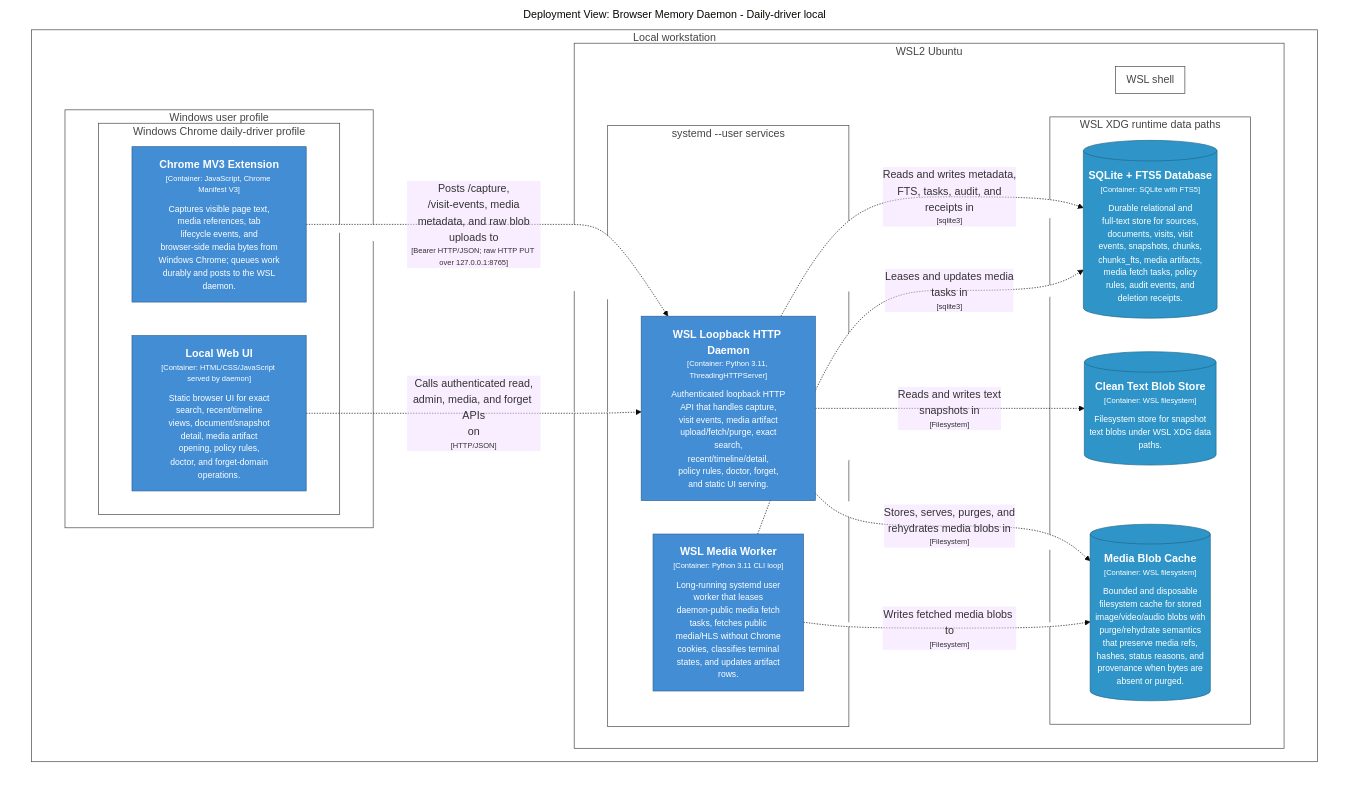
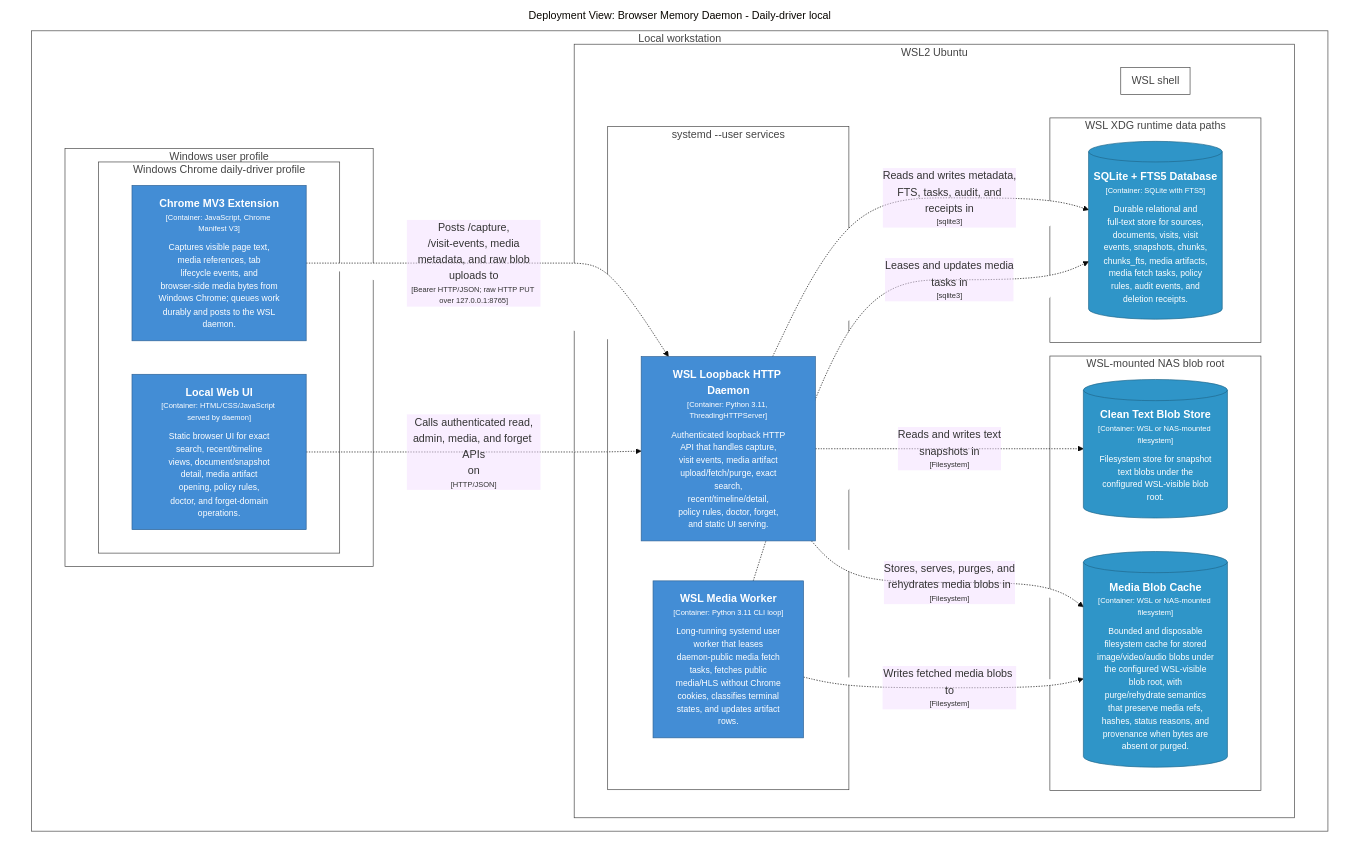
One commit to michaelnicks0/browser-memory-daemon changed the diagram in docs/architecture/diagrams/markdown/DailyDriverDeployment.md. Above: the diagram before and after it, drawn with Mermaid (base theme). The commit also changed 148 other files, not shown here.

Commit message:
feat: support NAS-backed blob root

````diff
--- a/docs/architecture/diagrams/markdown/DailyDriverDeployment.md
+++ b/docs/architecture/diagrams/markdown/DailyDriverDeployment.md
@@ -16,66 +16,71 @@
 ```mermaid
 graph TB
   linkStyle default fill:#ffffff
 
   subgraph diagram ["Deployment View: Browser Memory Daemon - Daily-driver local"]
     style diagram fill:#ffffff,stroke:#ffffff
 
     subgraph 85 ["Local workstation"]
       style 85 fill:#ffffff,stroke:#444444,color:#444444
 
       subgraph 86 ["Windows user profile"]
         style 86 fill:#ffffff,stroke:#444444,color:#444444
 
         subgraph 87 ["Windows Chrome daily-driver profile"]
           style 87 fill:#ffffff,stroke:#444444,color:#444444
 
           88["<div style='font-weight: bold'>Chrome MV3 Extension</div><div style='font-size: 70%; margin-top: 0px'>[Container: JavaScript, Chrome Manifest V3]</div><div style='font-size: 80%; margin-top:10px'>Captures visible page text,<br />media references, tab<br />lifecycle events, and<br />browser-side media bytes from<br />Windows Chrome; queues work<br />durably and posts to the WSL<br />daemon.</div>"]
           style 88 fill:#438dd5,stroke:#2e6295,color:#ffffff
           91["<div style='font-weight: bold'>Local Web UI</div><div style='font-size: 70%; margin-top: 0px'>[Container: HTML/CSS/JavaScript served by daemon]</div><div style='font-size: 80%; margin-top:10px'>Static browser UI for exact<br />search, recent/timeline<br />views, document/snapshot<br />detail, media artifact<br />opening, policy rules,<br />doctor, and forget-domain<br />operations.</div>"]
           style 91 fill:#438dd5,stroke:#2e6295,color:#ffffff
         end
 
       end
 
       subgraph 93 ["WSL2 Ubuntu"]
         style 93 fill:#ffffff,stroke:#444444,color:#444444
 
         subgraph 102 ["WSL XDG runtime data paths"]
           style 102 fill:#ffffff,stroke:#444444,color:#444444
 
           103[("<div style='font-weight: bold'>SQLite + FTS5 Database</div><div style='font-size: 70%; margin-top: 0px'>[Container: SQLite with FTS5]</div><div style='font-size: 80%; margin-top:10px'>Durable relational and<br />full-text store for sources,<br />documents, visits, visit<br />events, snapshots, chunks,<br />chunks_fts, media artifacts,<br />media fetch tasks, policy<br />rules, audit events, and<br />deletion receipts.</div>")]
           style 103 fill:#2f95c8,stroke:#20688c,color:#ffffff
-          107[("<div style='font-weight: bold'>Clean Text Blob Store</div><div style='font-size: 70%; margin-top: 0px'>[Container: WSL filesystem]</div><div style='font-size: 80%; margin-top:10px'>Filesystem store for snapshot<br />text blobs under WSL XDG data<br />paths.</div>")]
-          style 107 fill:#2f95c8,stroke:#20688c,color:#ffffff
-          109[("<div style='font-weight: bold'>Media Blob Cache</div><div style='font-size: 70%; margin-top: 0px'>[Container: WSL filesystem]</div><div style='font-size: 80%; margin-top:10px'>Bounded and disposable<br />filesystem cache for stored<br />image/video/audio blobs with<br />purge/rehydrate semantics<br />that preserve media refs,<br />hashes, status reasons, and<br />provenance when bytes are<br />absent or purged.</div>")]
-          style 109 fill:#2f95c8,stroke:#20688c,color:#ffffff
+        end
+
+        subgraph 109 ["WSL-mounted NAS blob root"]
+          style 109 fill:#ffffff,stroke:#444444,color:#444444
+
+          110[("<div style='font-weight: bold'>Clean Text Blob Store</div><div style='font-size: 70%; margin-top: 0px'>[Container: WSL or NAS-mounted filesystem]</div><div style='font-size: 80%; margin-top:10px'>Filesystem store for snapshot<br />text blobs under the<br />configured WSL-visible blob<br />root.</div>")]
+          style 110 fill:#2f95c8,stroke:#20688c,color:#ffffff
+          112[("<div style='font-weight: bold'>Media Blob Cache</div><div style='font-size: 70%; margin-top: 0px'>[Container: WSL or NAS-mounted filesystem]</div><div style='font-size: 80%; margin-top:10px'>Bounded and disposable<br />filesystem cache for stored<br />image/video/audio blobs under<br />the configured WSL-visible<br />blob root, with<br />purge/rehydrate semantics<br />that preserve media refs,<br />hashes, status reasons, and<br />provenance when bytes are<br />absent or purged.</div>")]
+          style 112 fill:#2f95c8,stroke:#20688c,color:#ffffff
         end
 
         subgraph 94 ["systemd --user services"]
           style 94 fill:#ffffff,stroke:#444444,color:#444444
 
           95["<div style='font-weight: bold'>WSL Loopback HTTP Daemon</div><div style='font-size: 70%; margin-top: 0px'>[Container: Python 3.11, ThreadingHTTPServer]</div><div style='font-size: 80%; margin-top:10px'>Authenticated loopback HTTP<br />API that handles capture,<br />visit events, media artifact<br />upload/fetch/purge, exact<br />search,<br />recent/timeline/detail,<br />policy rules, doctor, forget,<br />and static UI serving.</div>"]
           style 95 fill:#438dd5,stroke:#2e6295,color:#ffffff
           98["<div style='font-weight: bold'>WSL Media Worker</div><div style='font-size: 70%; margin-top: 0px'>[Container: Python 3.11 CLI loop]</div><div style='font-size: 80%; margin-top:10px'>Long-running systemd user<br />worker that leases<br />daemon-public media fetch<br />tasks, fetches public<br />media/HLS without Chrome<br />cookies, classifies terminal<br />states, and updates artifact<br />rows.</div>"]
           style 98 fill:#438dd5,stroke:#2e6295,color:#ffffff
         end
 
         subgraph 99 ["WSL shell"]
           style 99 fill:#ffffff,stroke:#444444,color:#444444
 
         end
 
       end
 
     end
 
     95-. "<div>Reads and writes metadata,<br />FTS, tasks, audit, and<br />receipts in</div><div style='font-size: 70%'>[sqlite3]</div>" .->103
     98-. "<div>Leases and updates media<br />tasks in</div><div style='font-size: 70%'>[sqlite3]</div>" .->103
-    95-. "<div>Reads and writes text<br />snapshots in</div><div style='font-size: 70%'>[Filesystem]</div>" .->107
-    95-. "<div>Stores, serves, purges, and<br />rehydrates media blobs in</div><div style='font-size: 70%'>[Filesystem]</div>" .->109
-    98-. "<div>Writes fetched media blobs to</div><div style='font-size: 70%'>[Filesystem]</div>" .->109
+    95-. "<div>Reads and writes text<br />snapshots in</div><div style='font-size: 70%'>[Filesystem]</div>" .->110
+    95-. "<div>Stores, serves, purges, and<br />rehydrates media blobs in</div><div style='font-size: 70%'>[Filesystem]</div>" .->112
+    98-. "<div>Writes fetched media blobs to</div><div style='font-size: 70%'>[Filesystem]</div>" .->112
     88-. "<div>Posts /capture,<br />/visit-events, media<br />metadata, and raw blob<br />uploads to</div><div style='font-size: 70%'>[Bearer HTTP/JSON; raw HTTP PUT over 127.0.0.1:8765]</div>" .->95
     91-. "<div>Calls authenticated read,<br />admin, media, and forget APIs<br />on</div><div style='font-size: 70%'>[HTTP/JSON]</div>" .->95
 
   end
 ```
````
